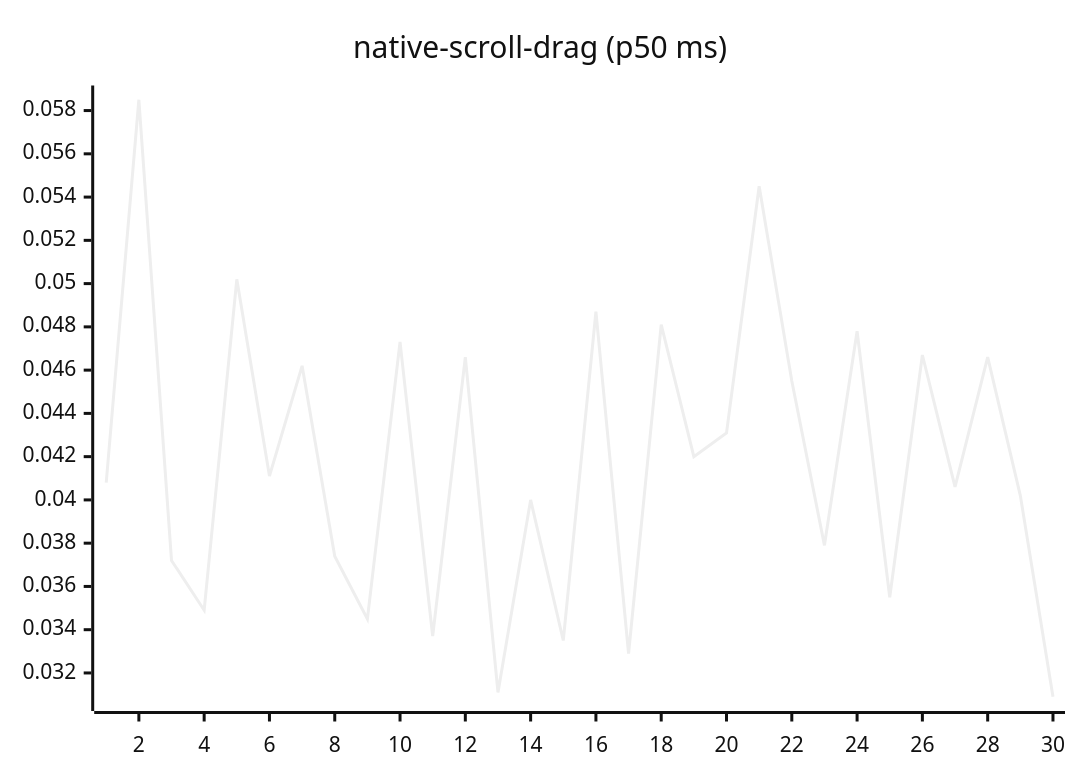
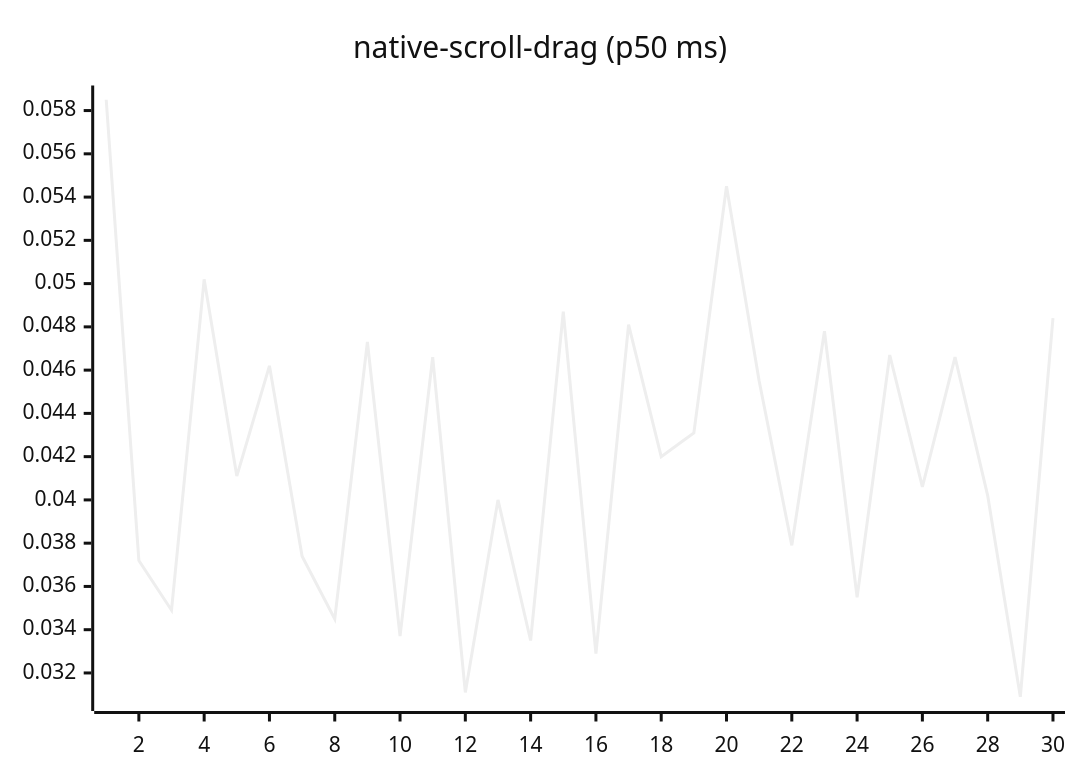
Before and after one commit to josha/Facet: diagram 14 of 27 in README.md, drawn with Mermaid (neutral theme). The commit also changed other lines of this file and 2 other files, not shown here.

````diff
--- a/README.md
+++ b/README.md
@@ -154,6 +154,6 @@
 ```mermaid
 xychart-beta
     title "native-scroll-drag (p50 ms)"
     x-axis 1 --> 30
-    line [0.0408, 0.0585, 0.0372, 0.0349, 0.0502, 0.0411, 0.0462, 0.0374, 0.0345, 0.0473, 0.0337, 0.0466, 0.0311, 0.0400, 0.0335, 0.0487, 0.0329, 0.0481, 0.0420, 0.0431, 0.0545, 0.0455, 0.0379, 0.0478, 0.0355, 0.0467, 0.0406, 0.0466, 0.0402, 0.0309]
+    line [0.0585, 0.0372, 0.0349, 0.0502, 0.0411, 0.0462, 0.0374, 0.0345, 0.0473, 0.0337, 0.0466, 0.0311, 0.0400, 0.0335, 0.0487, 0.0329, 0.0481, 0.0420, 0.0431, 0.0545, 0.0455, 0.0379, 0.0478, 0.0355, 0.0467, 0.0406, 0.0466, 0.0402, 0.0309, 0.0484]
 ```
````
